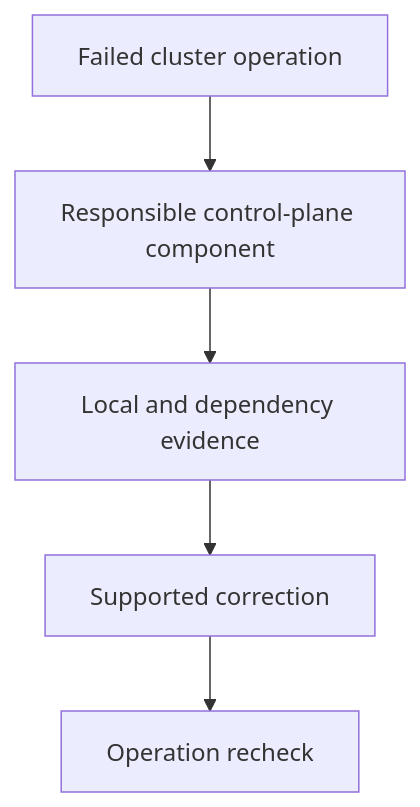
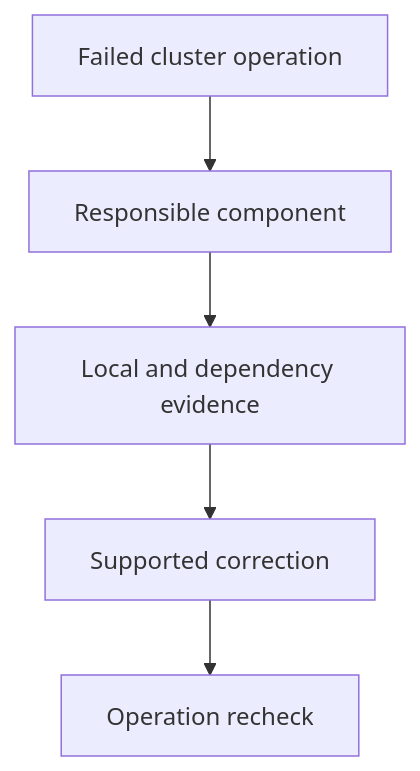
The diagram in sections/section-020/module-01/course-02-locating-a-control-plane-component-failure.md (astrona-io/ATS023), drawn with Mermaid before and after one commit. The commit also changed other lines of this file and 408 other files, not shown here.

````diff
--- a/sections/section-020/module-01/course-02-locating-a-control-plane-component-failure.md
+++ b/sections/section-020/module-01/course-02-locating-a-control-plane-component-failure.md
@@ -62,12 +80,12 @@
 ```mermaid
 flowchart TB
     N0["Failed cluster operation"]
-    N1["Responsible control-plane component"]
+    N1["Responsible component"]
     N2["Local and dependency evidence"]
     N3["Supported correction"]
     N4["Operation recheck"]
     N0 --> N1
     N1 --> N2
     N2 --> N3
     N3 --> N4
 ```
````
